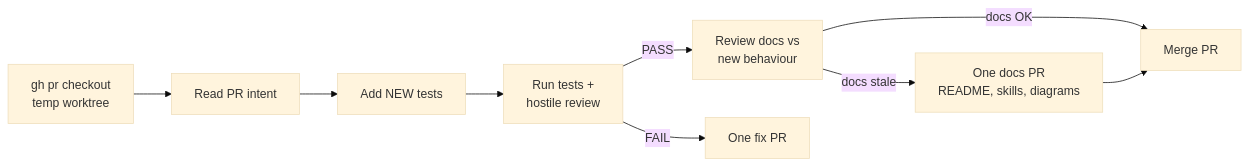
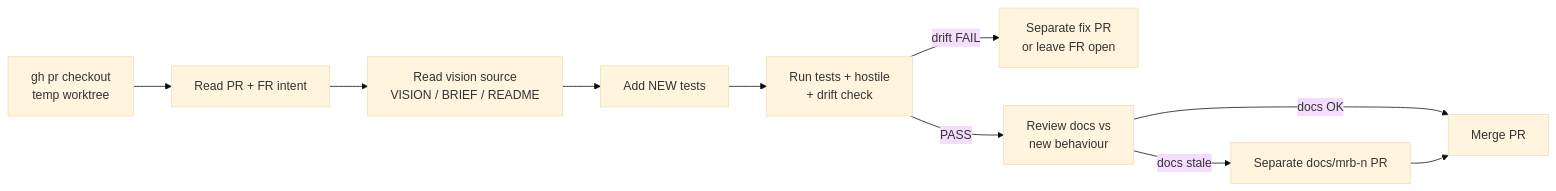
One commit to SimonBarnett/agentic_build changed the diagram in .grok/skills/bob-mrb-worker/SKILL.md. Above: the diagram before and after it, drawn with Mermaid (base theme). The commit also changed other lines of this file and 5 other files, not shown here.

Commit message:
feat(#351): MRB vision/drift check against VISION and CAST IRON

````diff
--- a/.grok/skills/bob-mrb-worker/SKILL.md
+++ b/.grok/skills/bob-mrb-worker/SKILL.md
@@ -40,11 +47,12 @@
 ```mermaid
 flowchart LR
-  A[gh pr checkout<br/>temp worktree] --> B[Read PR intent]
-  B --> C[Add NEW tests]
-  C --> D[Run tests +<br/>hostile review]
+  A[gh pr checkout<br/>temp worktree] --> B[Read PR + FR intent]
+  B --> V[Read vision source<br/>VISION / BRIEF / README]
+  V --> C[Add NEW tests]
+  C --> D[Run tests + hostile<br/>+ drift check]
+  D -->|drift FAIL| H[Separate fix PR<br/>or leave FR open]
   D -->|PASS| E[Review docs vs<br/>new behaviour]
-  E -->|docs stale| F[One docs PR<br/>README, skills, diagrams]
+  E -->|docs stale| F[Separate docs/mrb-n PR]
   E -->|docs OK| G[Merge PR]
   F --> G
-  D -->|FAIL| H[One fix PR]
 ```
````
